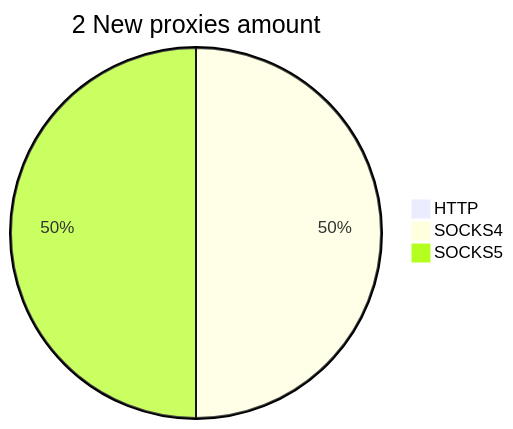
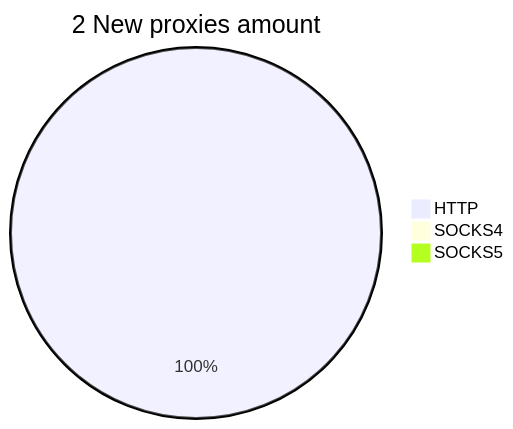
The second of 2 diagrams in README.md (cutipu/proxylist), drawn with Mermaid before and after one commit. The commit also changed other lines of this file, not shown here.

````diff
--- a/README.md
+++ b/README.md
@@ -10,6 +10,6 @@
 ```mermaid
 pie title 2 New proxies amount
-    "HTTP" : 0
-    "SOCKS4" : 1
-    "SOCKS5" : 1
+    "HTTP" : 2
+    "SOCKS4" : 0
+    "SOCKS5" : 0
 ```
````
